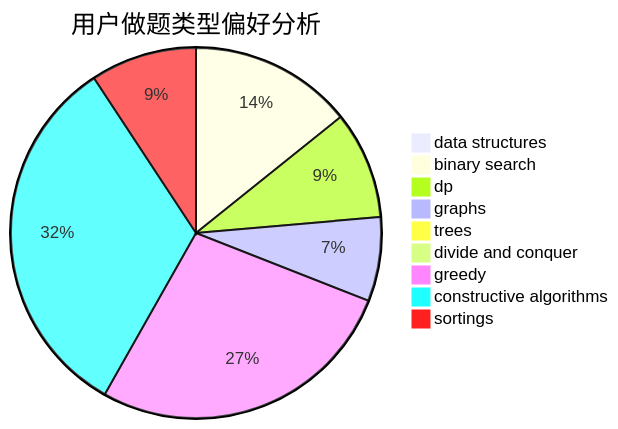
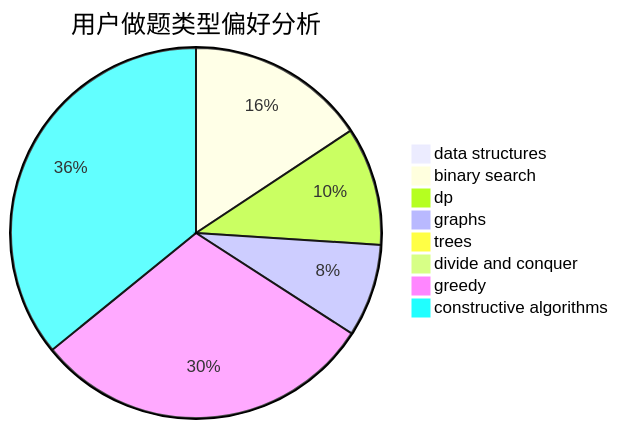
Before and after one commit to sherpahu/cfrs.github.io: the second of 3 diagrams in docs/user/u383.md, drawn with Mermaid. The commit also changed other lines of this file and 2769 other files, not shown here.

````diff
--- a/docs/user/u383.md
+++ b/docs/user/u383.md
@@ -18,12 +18,11 @@
 ```mermaid
 pie title 用户做题类型偏好分析
     "data structures" :  5
     "binary search" :  126
     "dp" :  83
     "graphs" :  65
     "trees" :  0
     "divide and conquer" :  1
     "greedy" :  241
     "constructive algorithms" :  288
-    "sortings" :  82
 ```
````
